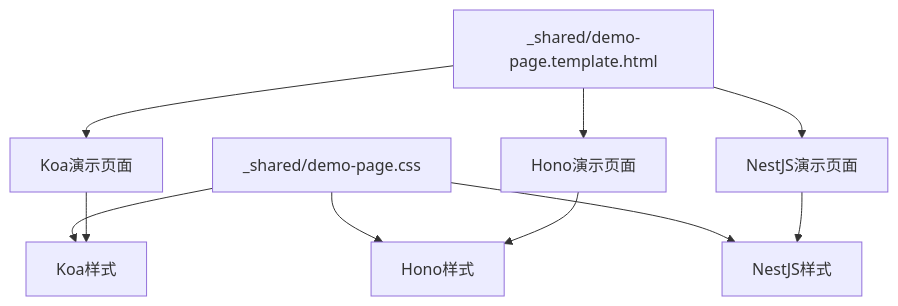
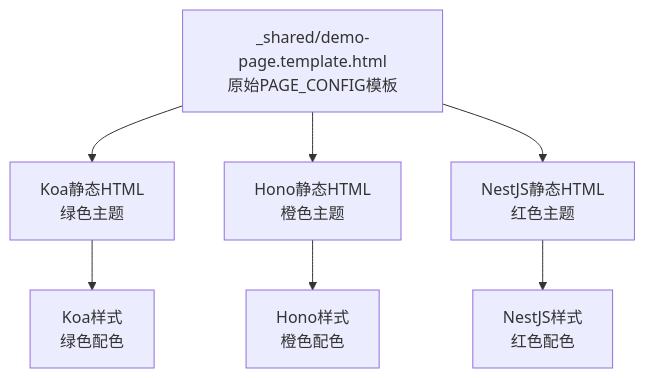
One commit to esa-sp/test-for-aone-ci changed the sixth of 7 diagrams in .qoder/repowiki/zh/content/后端框架测试/Koa、Hono、NestJS框架测试.md. Above: the diagram before and after it, drawn with Mermaid. The commit also changed other lines of this file and 39 other files, not shown here.

````diff
--- a/.qoder/repowiki/zh/content/后端框架测试/Koa、Hono、NestJS框架测试.md
+++ b/.qoder/repowiki/zh/content/后端框架测试/Koa、Hono、NestJS框架测试.md
@@ -396,12 +384,9 @@
 ```mermaid
 graph TB
-SharedTemplate["_shared/demo-page.template.html"] --> KoaDemo["Koa演示页面"]
-SharedTemplate --> HonoDemo["Hono演示页面"]
-SharedTemplate --> NestDemo["NestJS演示页面"]
-SharedCSS["_shared/demo-page.css"] --> KoaCSS["Koa样式"]
-SharedCSS --> HonoCSS["Hono样式"]
-SharedCSS --> NestCSS["NestJS样式"]
-KoaDemo --> KoaCSS
-HonoDemo --> HonoCSS
-NestDemo --> NestCSS
+SharedTemplate["_shared/demo-page.template.html<br/>原始PAGE_CONFIG模板"] --> KoaStatic["Koa静态HTML<br/>绿色主题"]
+SharedTemplate --> HonoStatic["Hono静态HTML<br/>橙色主题"]
+SharedTemplate --> NestStatic["NestJS静态HTML<br/>红色主题"]
+KoaStatic --> KoaCSS["Koa样式<br/>绿色配色"]
+HonoStatic --> HonoCSS["Hono样式<br/>橙色配色"]
+NestStatic --> NestCSS["NestJS样式<br/>红色配色"]
 ```
````
